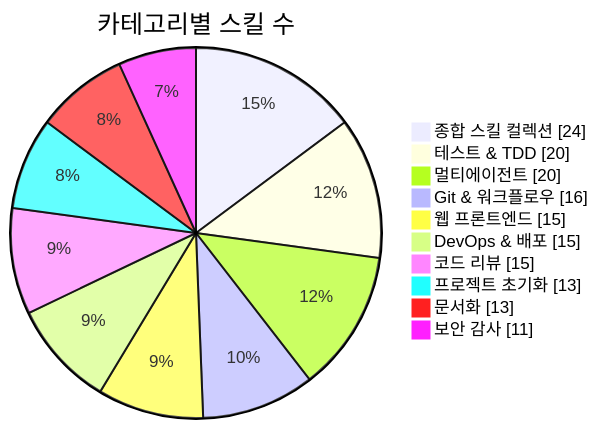
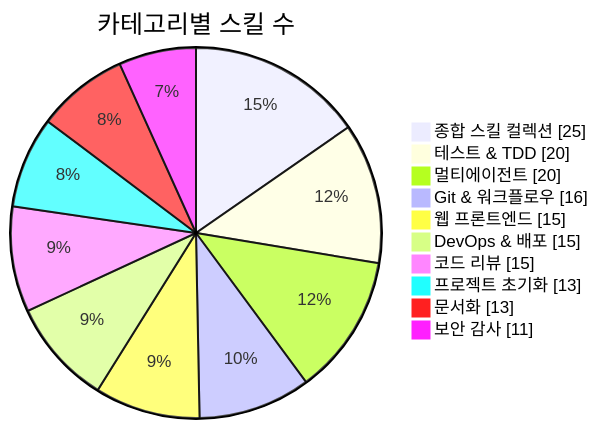
One commit to J-nowcow/awesome-korean-agent-skills changed the first of 3 diagrams in README.md. Above: the diagram before and after it, drawn with Mermaid. The commit also changed other lines of this file and 5 other files, not shown here.

````diff
--- a/README.md
+++ b/README.md
@@ -176,14 +176,14 @@
 ```mermaid
 pie showData
     title 카테고리별 스킬 수
-    "종합 스킬 컬렉션" : 24
+    "종합 스킬 컬렉션" : 25
     "테스트 & TDD" : 20
     "멀티에이전트" : 20
     "Git & 워크플로우" : 16
     "웹 프론트엔드" : 15
     "DevOps & 배포" : 15
     "코드 리뷰" : 15
     "프로젝트 초기화" : 13
     "문서화" : 13
     "보안 감사" : 11
 ```
````
